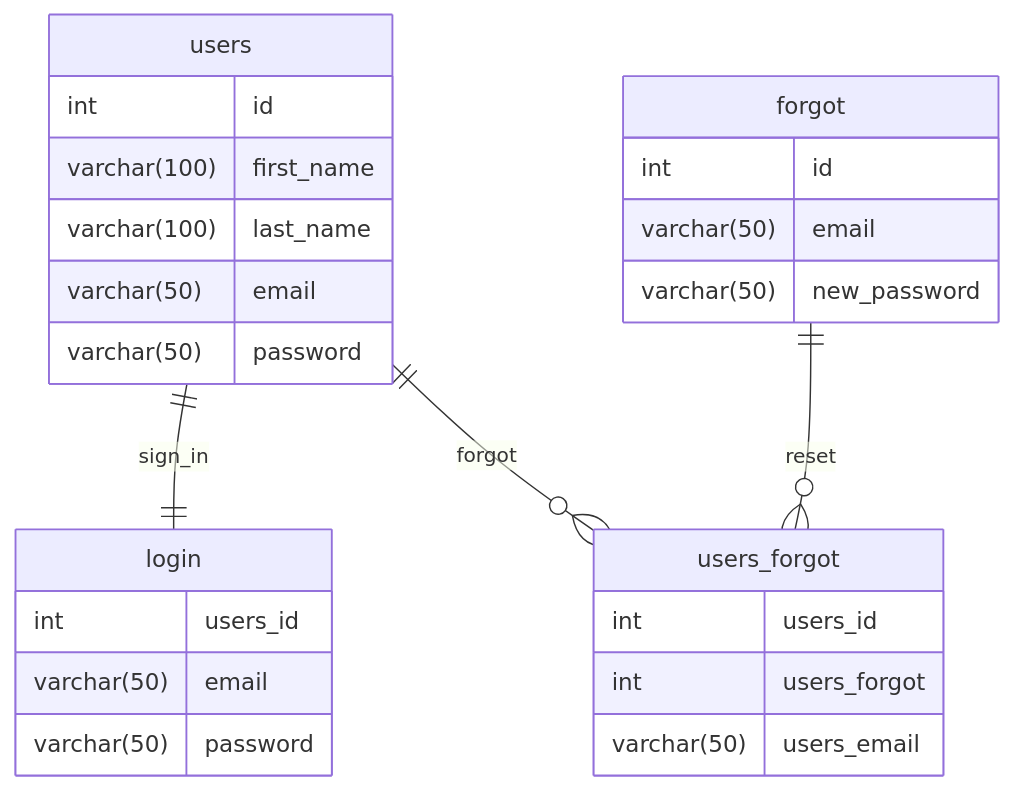
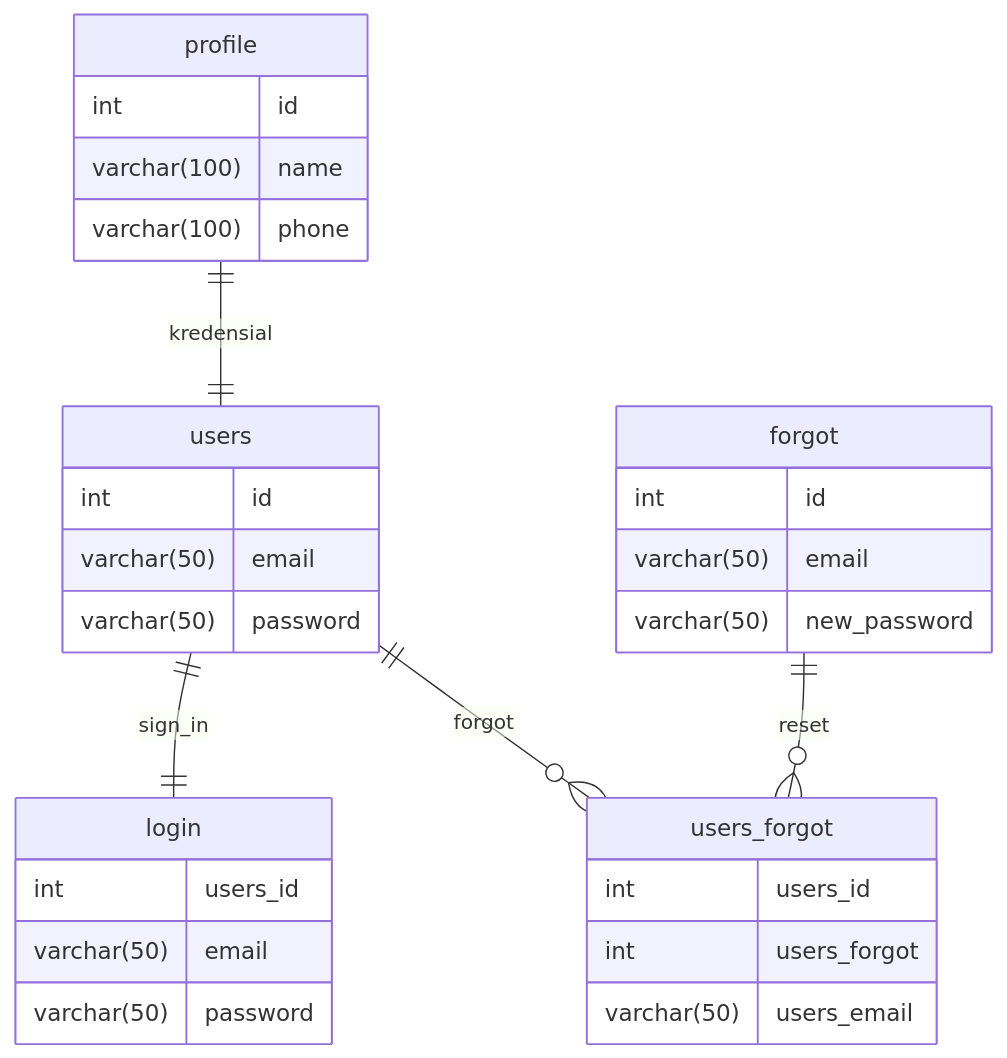
The diagram in README.md (abdullah-fikri/koda-b4-db4), drawn with Mermaid before and after one commit. The commit also changed 1 other file, not shown here.

Commit message:
fix: normalisasi 1nf

````diff
--- a/README.md
+++ b/README.md
@@ -3,33 +3,38 @@
 ```mermaid
 erDiagram
 
 users {
     int id
-    varchar(100) first_name
-    varchar(100) last_name
     varchar(50) email
     varchar(50) password
+}
+
+profile {
+    int id
+    varchar(100) name
+    varchar(100) phone
 }
 
 users_forgot {
     int users_id
     int users_forgot
     varchar(50) users_email
 }
 
 login {
     int users_id
     varchar(50) email
     varchar(50) password
 }
 
 forgot {
     int id
     varchar(50) email
     varchar(50) new_password
 }
 
+profile ||--|| users : kredensial
 users ||--|| login : sign_in
 users ||--o{ users_forgot : forgot
 forgot ||--o{ users_forgot : reset
 ```
````
